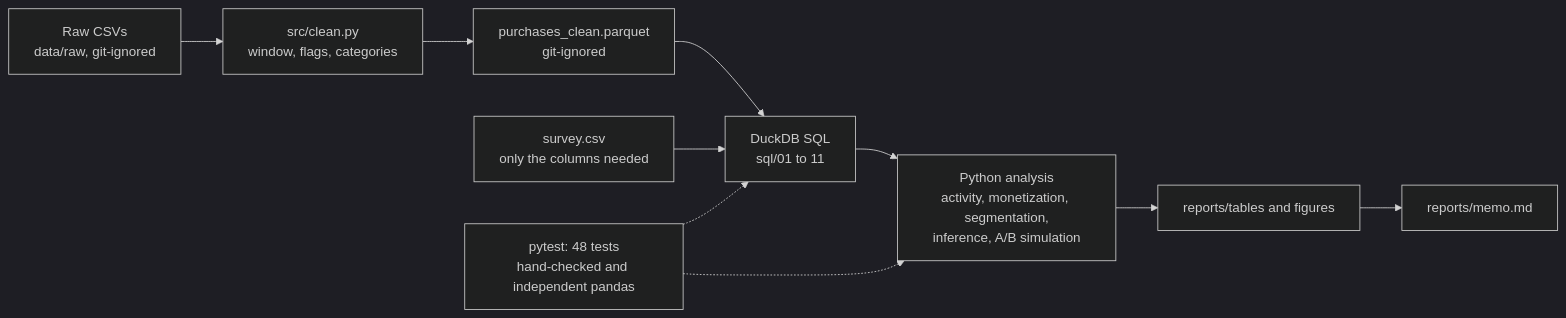
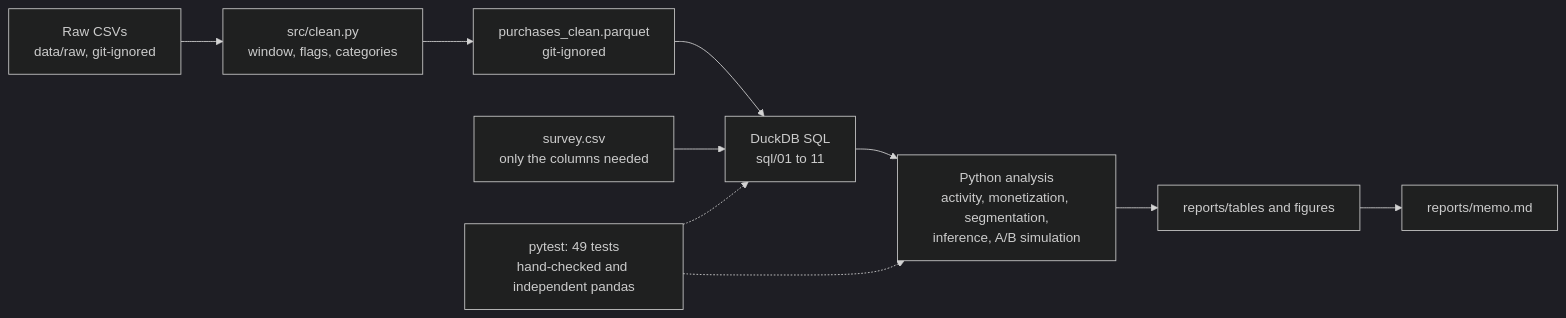
The diagram in README.md (kowshikkkkkk/retail-behaviour-analytics), drawn with Mermaid (dark theme) before and after one commit. The commit also changed other lines of this file and 2 other files, not shown here.

````diff
--- a/README.md
+++ b/README.md
@@ -36,12 +36,12 @@
 ```mermaid
 flowchart LR
   A["Raw CSVs<br/>data/raw, git-ignored"] --> B["src/clean.py<br/>window, flags, categories"]
   B --> C["purchases_clean.parquet<br/>git-ignored"]
   C --> D["DuckDB SQL<br/>sql/01 to 11"]
   S["survey.csv<br/>only the columns needed"] --> D
   D --> E["Python analysis<br/>activity, monetization, segmentation,<br/>inference, A/B simulation"]
   E --> F["reports/tables and figures"]
   F --> G["reports/memo.md"]
-  T["pytest: 48 tests<br/>hand-checked and independent pandas"] -.-> D
+  T["pytest: 49 tests<br/>hand-checked and independent pandas"] -.-> D
   T -.-> E
 ```
````
